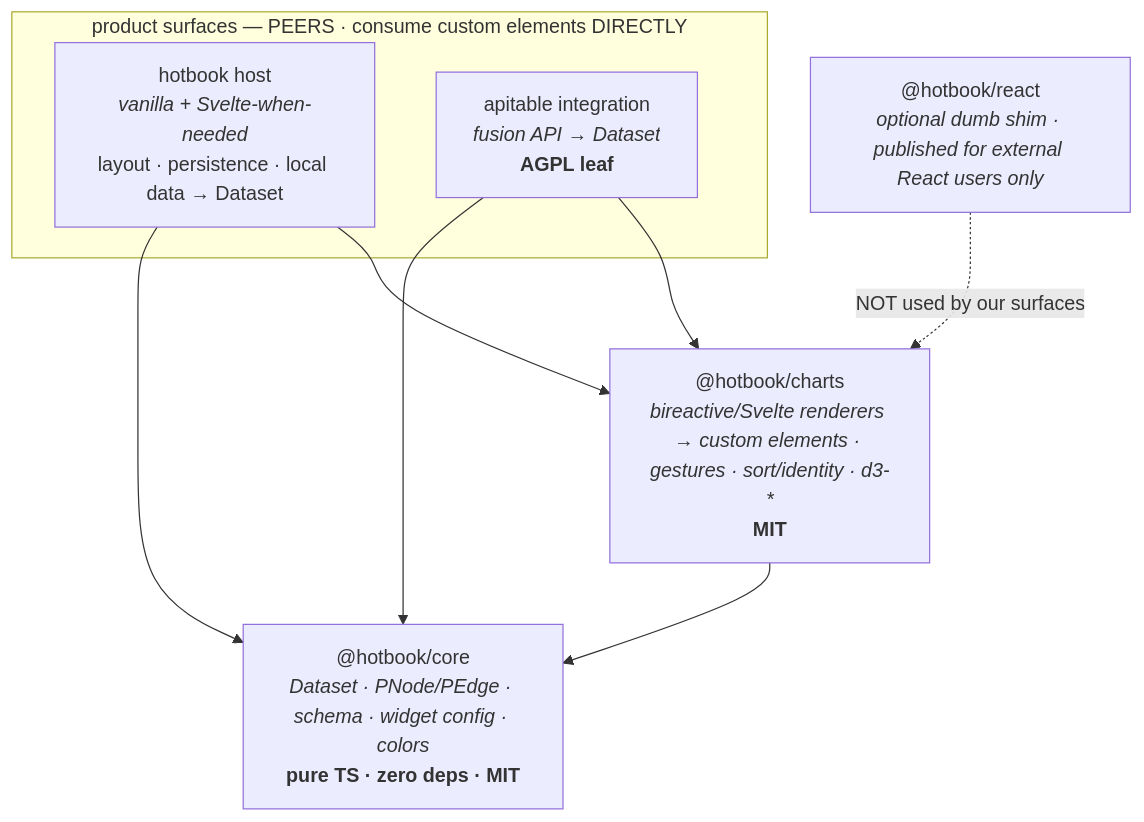
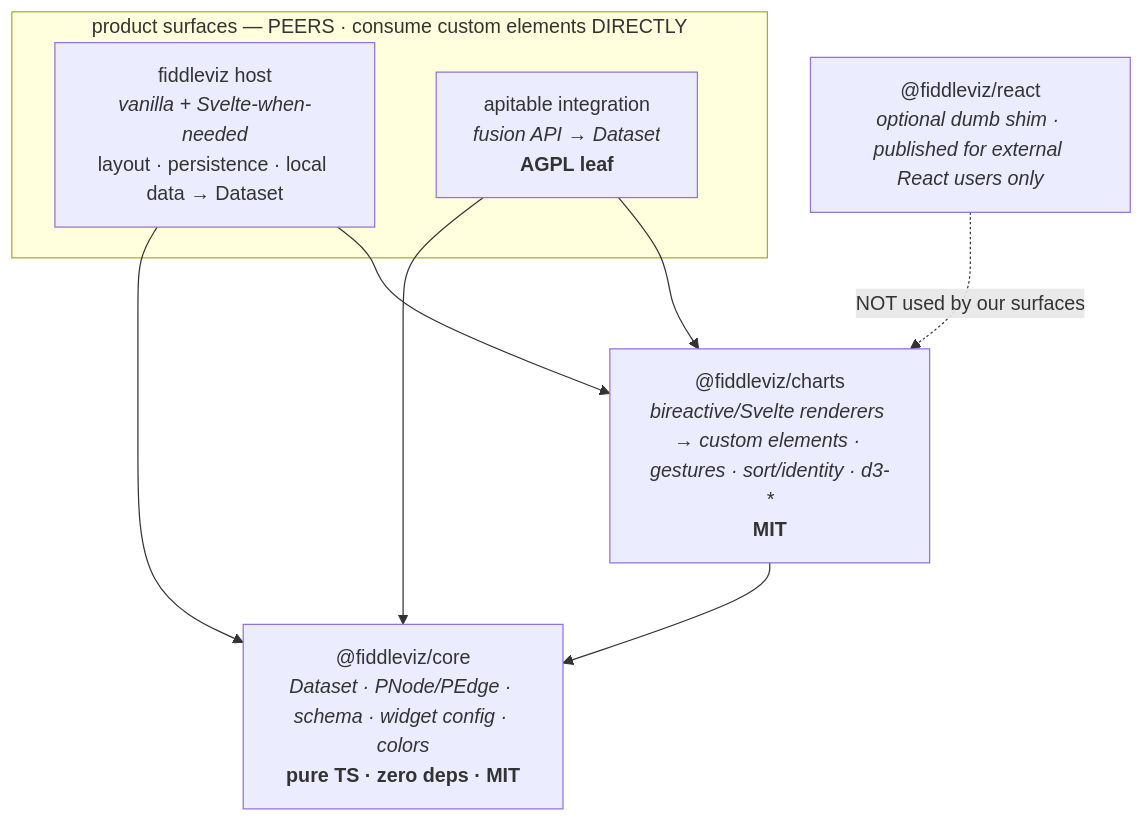
The second of 2 diagrams in wiki/dependencies.md (WinstonFassett/hotbook), drawn with Mermaid before and after one commit. The commit also changed other lines of this file and 128 other files, not shown here.

````diff
--- a/wiki/dependencies.md
+++ b/wiki/dependencies.md
@@ -122,18 +122,18 @@
 ```mermaid
 graph TD
-  tcore["@hotbook/core<br/><i>Dataset · PNode/PEdge · schema · widget config · colors</i><br/><b>pure TS · zero deps · MIT</b>"]
-  tcharts["@hotbook/charts<br/><i>bireactive/Svelte renderers → custom elements · gestures · sort/identity · d3-*</i><br/><b>MIT</b>"]
+  tcore["@fiddleviz/core<br/><i>Dataset · PNode/PEdge · schema · widget config · colors</i><br/><b>pure TS · zero deps · MIT</b>"]
+  tcharts["@fiddleviz/charts<br/><i>bireactive/Svelte renderers → custom elements · gestures · sort/identity · d3-*</i><br/><b>MIT</b>"]
   tcharts --> tcore
 
   subgraph surfaces["product surfaces — PEERS · consume custom elements DIRECTLY"]
-    tslice["hotbook host<br/><i>vanilla + Svelte-when-needed</i><br/>layout · persistence · local data → Dataset"]
+    tslice["fiddleviz host<br/><i>vanilla + Svelte-when-needed</i><br/>layout · persistence · local data → Dataset"]
     tapit["apitable integration<br/><i>fusion API → Dataset</i><br/><b>AGPL leaf</b>"]
   end
   tslice --> tcharts
   tslice --> tcore
   tapit --> tcharts
   tapit --> tcore
 
-  treact["@hotbook/react<br/><i>optional dumb shim · published for external React users only</i>"]
+  treact["@fiddleviz/react<br/><i>optional dumb shim · published for external React users only</i>"]
   treact -.->|"NOT used by our surfaces"| tcharts
 ```
````
